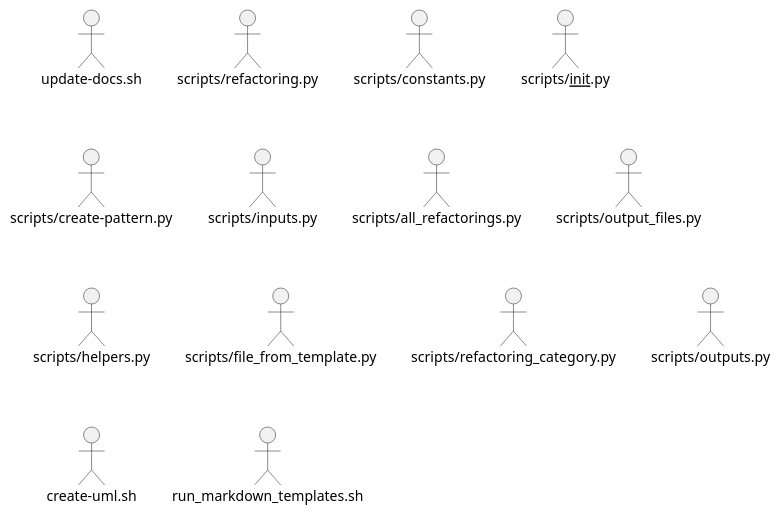
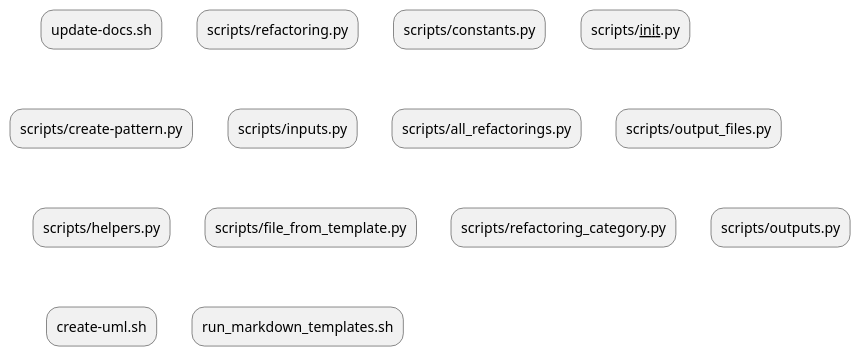
Before and after one commit to claremacrae/RefactoringSamples: the diagram in uml/Scripts/Scripts.puml, drawn with PlantUML.

Commit message:
Display scripts as rectangles, not stick people

```diff
--- a/uml/Scripts/Scripts.puml
+++ b/uml/Scripts/Scripts.puml
@@ -1,18 +1,20 @@
 @startuml
 
-"update-docs.sh"
-"scripts/refactoring.py"
-"scripts/constants.py"
-"scripts/__init__.py"
-"scripts/create-pattern.py"
-"scripts/inputs.py"
-"scripts/all_refactorings.py"
-"scripts/output_files.py"
-"scripts/helpers.py"
-"scripts/file_from_template.py"
-"scripts/refactoring_category.py"
-"scripts/outputs.py"
-"create-uml.sh"
-"run_markdown_templates.sh"
+skinparam roundcorner 25
+
+rectangle "update-docs.sh"
+rectangle "scripts/refactoring.py"
+rectangle "scripts/constants.py"
+rectangle "scripts/__init__.py"
+rectangle "scripts/create-pattern.py"
+rectangle "scripts/inputs.py"
+rectangle "scripts/all_refactorings.py"
+rectangle "scripts/output_files.py"
+rectangle "scripts/helpers.py"
+rectangle "scripts/file_from_template.py"
+rectangle "scripts/refactoring_category.py"
+rectangle "scripts/outputs.py"
+rectangle "create-uml.sh"
+rectangle "run_markdown_templates.sh"
 
 @enduml
```
